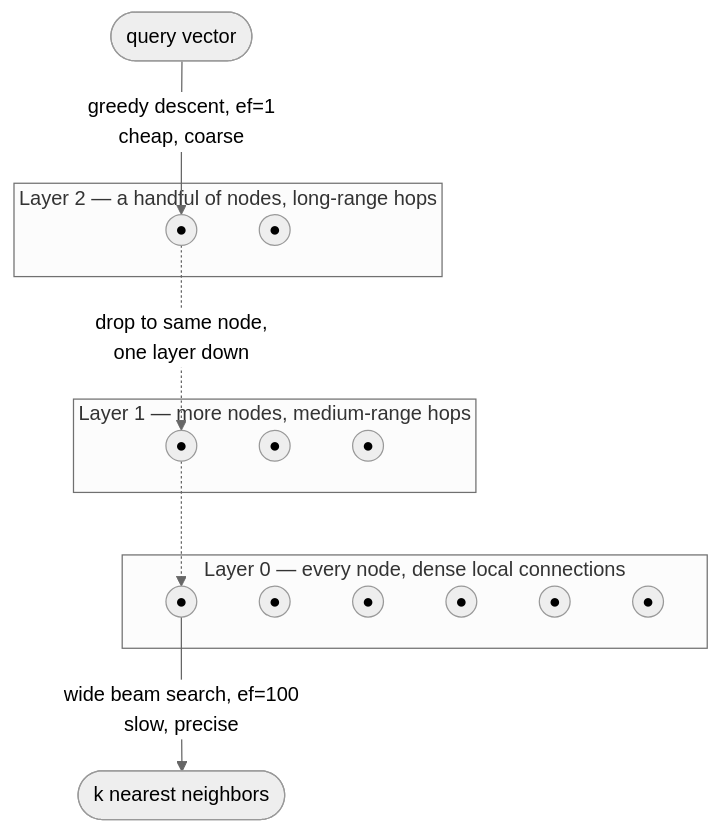
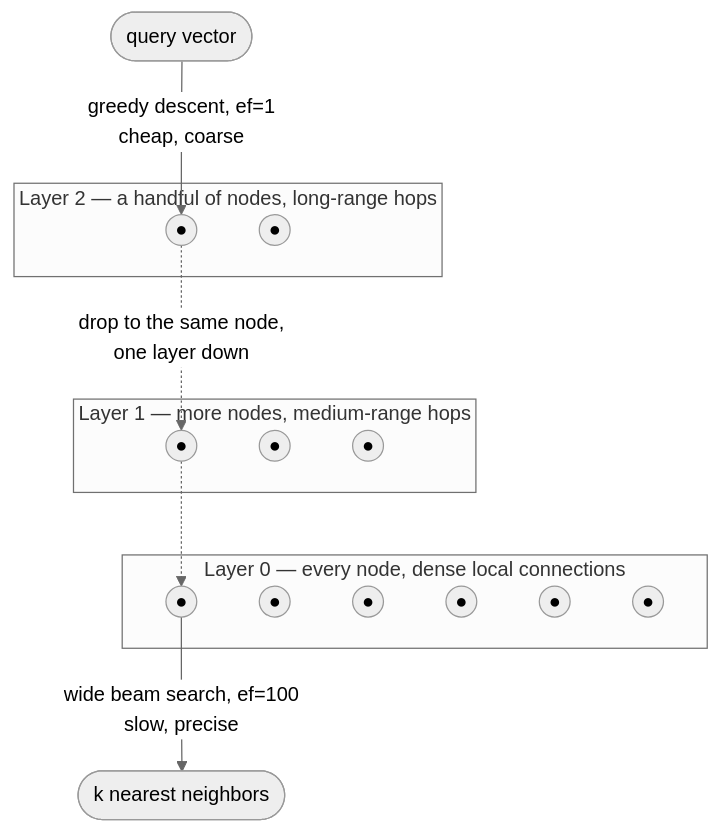
The third of 3 diagrams in README.md (SidR-13/RecallBench), drawn with Mermaid (neutral theme) before and after one commit. The commit also changed other lines of this file, not shown here.

````diff
--- a/README.md
+++ b/README.md
@@ -166,26 +169,26 @@
 ```mermaid
 flowchart TB
     Q(["query vector"])
     subgraph L2["Layer 2 — a handful of nodes, long-range hops"]
         A2((●))
         B2((●))
     end
     subgraph L1["Layer 1 — more nodes, medium-range hops"]
         A1((●))
         C1((●))
         D1((●))
     end
     subgraph L0["Layer 0 — every node, dense local connections"]
         A0((●))
         C0((●))
         D0((●))
         E0((●))
         F0((●))
         G0((●))
     end
 
     Q -->|"greedy descent, ef=1<br/>cheap, coarse"| A2
-    A2 -.->|"drop to same node,<br/>one layer down"| A1
+    A2 -.->|"drop to the same node,<br/>one layer down"| A1
     A1 -.-> A0
     A0 -->|"wide beam search, ef=100<br/>slow, precise"| RESULT(["k nearest neighbors"])
 ```
````
